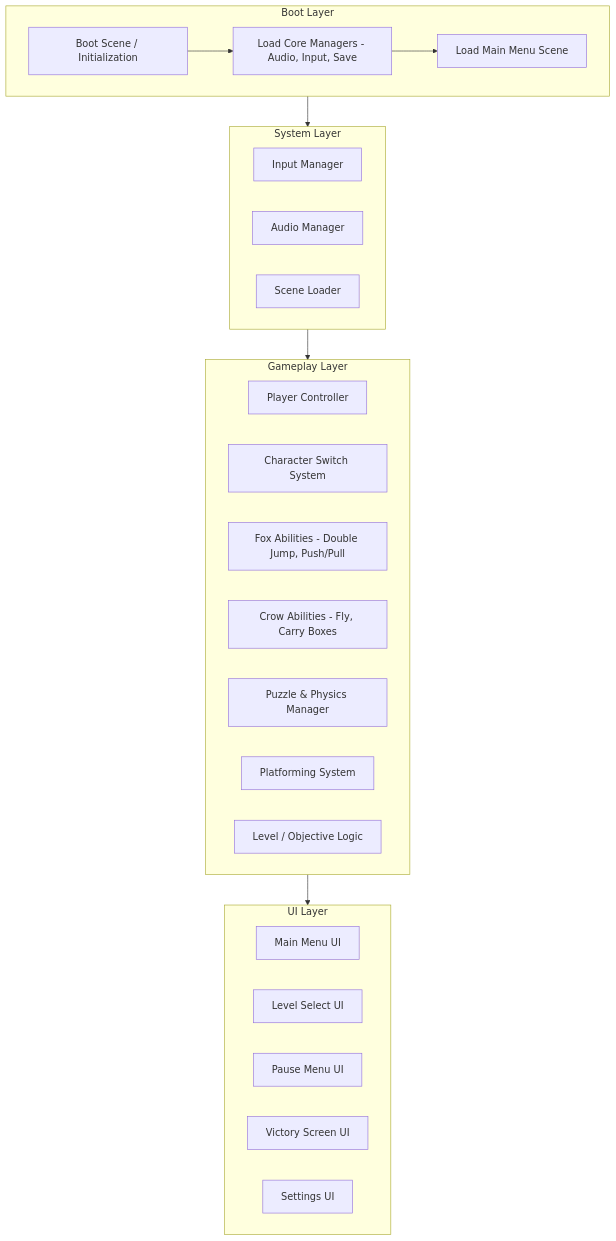
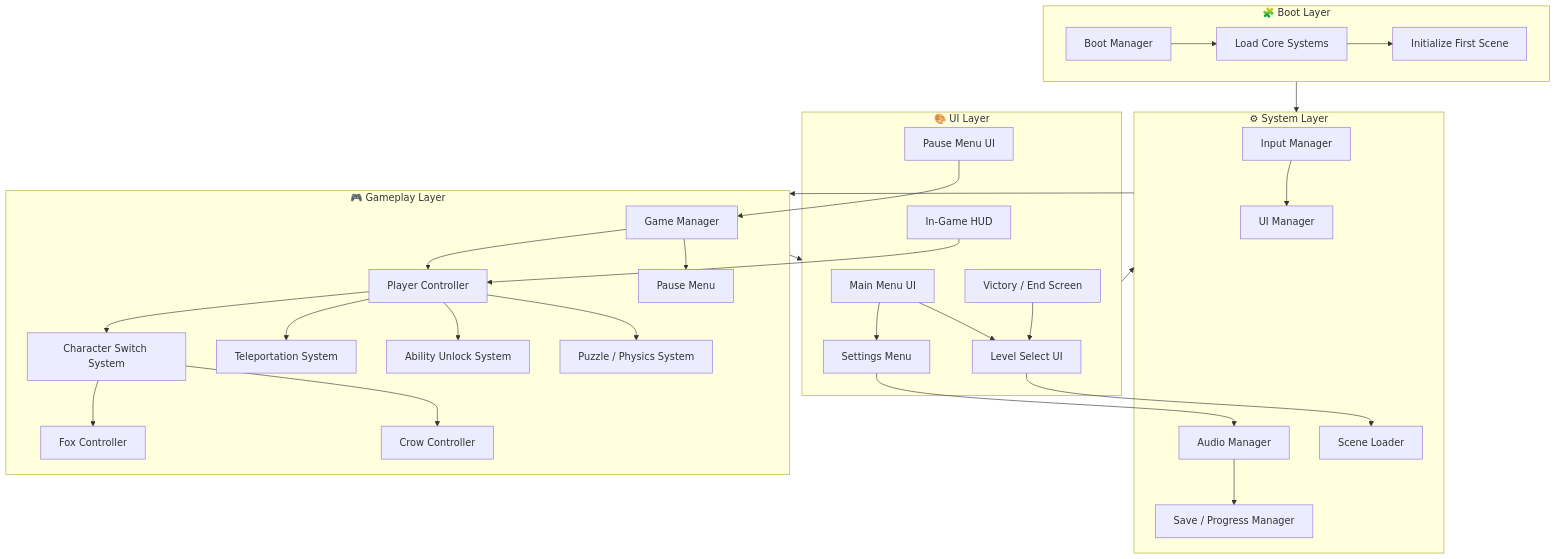
One commit to Justsomeguy241/Out-of-the-box changed the second of 4 diagrams in README.md. Above: the diagram before and after it, drawn with Mermaid.

````diff
--- a/README.md
+++ b/README.md
@@ -51,55 +51,70 @@
 ```mermaid
 graph TD
 
-%% ======================
-%%  BOOT / INITIALIZATION
-%% ======================
-subgraph Boot_Layer["Boot Layer"]
-    BootScene["Boot Scene / Initialization"]
-    ManagersInit["Load Core Managers - Audio, Input, Save"]
-    LoadMainMenu["Load Main Menu Scene"]
-    BootScene --> ManagersInit --> LoadMainMenu
+%% ========== BOOT / INIT ==========
+subgraph Boot_Layer["🧩 Boot Layer"]
+    Boot[Boot Manager]
+    LoadSystems[Load Core Systems]
+    InitScene[Initialize First Scene]
+    Boot --> LoadSystems --> InitScene
 end
 
-%% ======================
-%%  SYSTEM LAYER
-%% ======================
-subgraph System_Layer["System Layer"]
-    InputManager["Input Manager"]
-    AudioManager["Audio Manager"]
-    SceneLoader["Scene Loader"]
+%% ========== SYSTEM LAYER ==========
+subgraph System_Layer["⚙ System Layer"]
+    InputManager[Input Manager]
+    AudioManager[Audio Manager]
+    SaveSystem[Save / Progress Manager]
+    SceneLoader[Scene Loader]
+    UIManager[UI Manager]
+    AudioManager --> SaveSystem
+    InputManager --> UIManager
 end
 
-%% ======================
-%%  GAMEPLAY LAYER
-%% ======================
-subgraph Gameplay_Layer["Gameplay Layer"]
-    PlayerController["Player Controller"]
-    SwitchSystem["Character Switch System"]
-    Fox["Fox Abilities - Double Jump, Push/Pull"]
-    Crow["Crow Abilities - Fly, Carry Boxes"]
-    PuzzleManager["Puzzle & Physics Manager"]
-    Platforming["Platforming System"]
-    GameRules["Level / Objective Logic"]
+%% ========== GAMEPLAY LAYER ==========
+subgraph Gameplay_Layer["🎮 Gameplay Layer"]
+    GameManager[Game Manager]
+    PlayerController[Player Controller]
+    SwitchSystem[Character Switch System]
+    Fox[Fox Controller]
+    Crow[Crow Controller]
+    TeleportSystem[Teleportation System]
+    AbilitySystem[Ability Unlock System]
+    PuzzleSystem[Puzzle / Physics System]
+    PauseMenu[Pause Menu]
+    
+    GameManager --> PlayerController
+    PlayerController --> SwitchSystem
+    SwitchSystem --> Fox
+    SwitchSystem --> Crow
+    PlayerController --> TeleportSystem
+    PlayerController --> AbilitySystem
+    PlayerController --> PuzzleSystem
+    GameManager --> PauseMenu
 end
 
-%% ======================
-%%  UI LAYER
-%% ======================
-subgraph UI_Layer["UI Layer"]
-    MainMenu["Main Menu UI"]
-    LevelSelect["Level Select UI"]
-    PauseMenu["Pause Menu UI"]
-    VictoryScreen["Victory Screen UI"]
-    SettingsUI["Settings UI"]
+%% ========== UI LAYER ==========
+subgraph UI_Layer["🎨 UI Layer"]
+    MainMenu[Main Menu UI]
+    LevelSelect[Level Select UI]
+    SettingsUI[Settings Menu]
+    PauseUI[Pause Menu UI]
+    VictoryScreen[Victory / End Screen]
+    HUD[In-Game HUD]
+    
+    MainMenu --> LevelSelect
+    MainMenu --> SettingsUI
+    LevelSelect --> SceneLoader
+    PauseUI --> GameManager
+    HUD --> PlayerController
+    SettingsUI --> AudioManager
+    VictoryScreen --> LevelSelect
 end
 
-%% ======================
-%%  CONNECTIONS BETWEEN LAYERS
-%% ======================
+%% ========== CONNECTIONS BETWEEN LAYERS ==========
 Boot_Layer --> System_Layer
 System_Layer --> Gameplay_Layer
 Gameplay_Layer --> UI_Layer
+UI_Layer --> System_Layer
 
 
 ```
````
